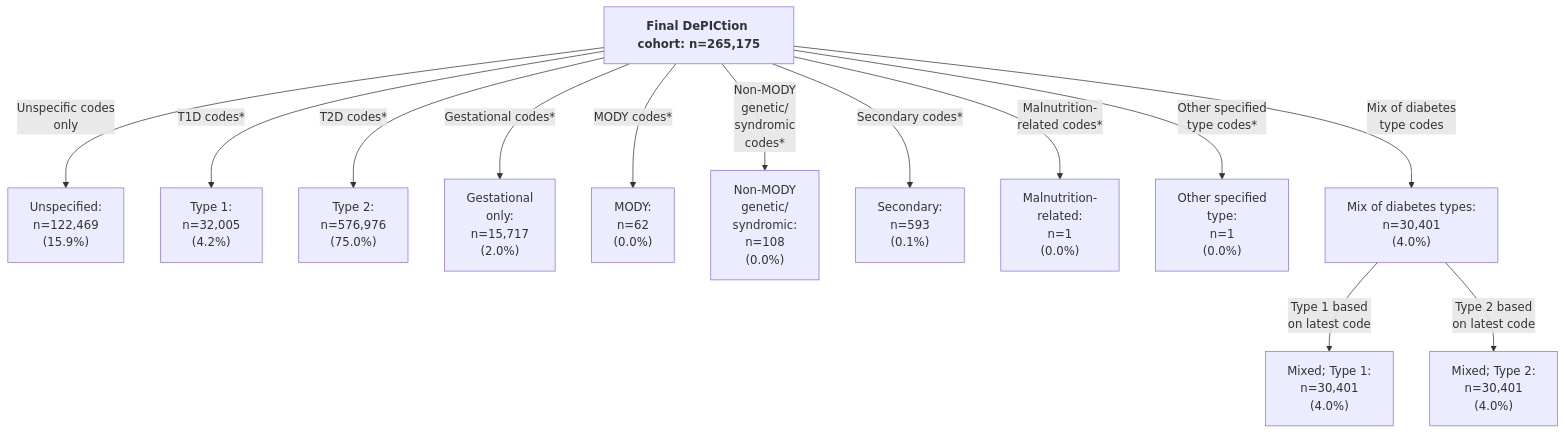
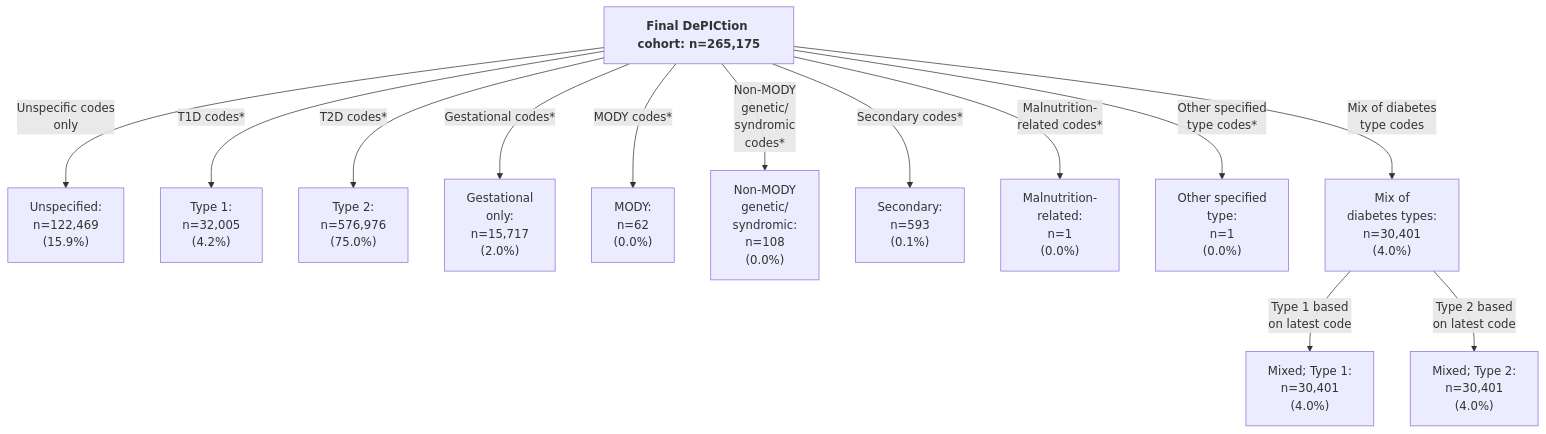
The second of 2 diagrams in README.md (Exeter-Diabetes/CPRD-Katie-DePICtion-Scripts), drawn with Mermaid before and after one commit.

````diff
--- a/README.md
+++ b/README.md
@@ -51,15 +51,15 @@
 ```mermaid
 graph TD;
     G["<b>Final DePICtion cohort:<b> n=265,175"] --> |"Unspecific codes<br>only"| H["Unspecified: <br>n=122,469 <br>(15.9%)"]
     G --> |"T1D codes*"| I["Type 1: <br>n=32,005 <br>(4.2%)"]
     G --> |"T2D codes*"| J["Type 2: <br>n=576,976 <br>(75.0%)"]
     G --> |"Gestational codes*"| K["Gestational <br>only: <br>n=15,717 <br>(2.0%)"]
     G --> |"MODY codes*"| L["MODY: <br>n=62 <br>(0.0%)"]
     G --> |"Non-MODY <br>genetic/<br>syndromic <br>codes*"| M["Non-MODY <br>genetic/<br>syndromic: <br>n=108 <br>(0.0%)"]
     G --> |"Secondary codes*"| N["Secondary: <br>n=593 <br>(0.1%)"]
     G --> |"Malnutrition-<br>related codes*"| O["Malnutrition-<br>related: <br>n=1 <br>(0.0%)"]
     G --> |"Other specified<br>type codes*"| P["Other specified<br>type: <br>n=1 <br>(0.0%)"]  
-    G --> |"Mix of diabetes<br>type codes"| Q["Mix of diabetes types: <br>n=30,401 <br>(4.0%)"]
+    G --> |"Mix of diabetes<br>type codes"| Q["Mix of<br>diabetes types: <br>n=30,401 <br>(4.0%)"]
     Q --> |"Type 1 based<br>on latest code"| R["Mixed; Type 1: <br>n=30,401 <br>(4.0%)"]
     Q --> |"Type 2 based<br>on latest code"| S["Mixed; Type 2: <br>n=30,401 <br>(4.0%)"]
 ```
````
